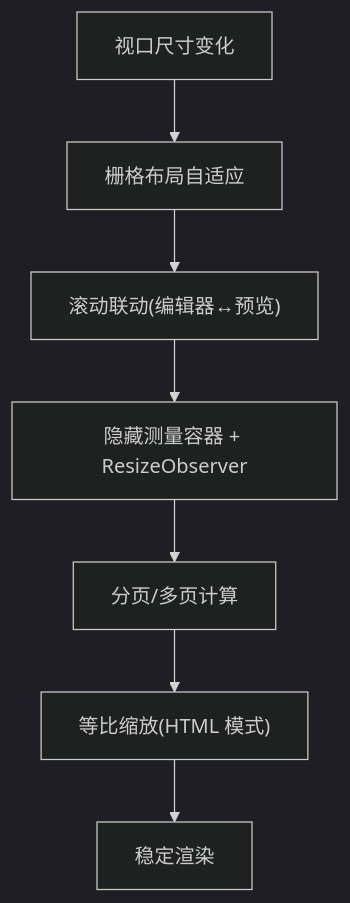
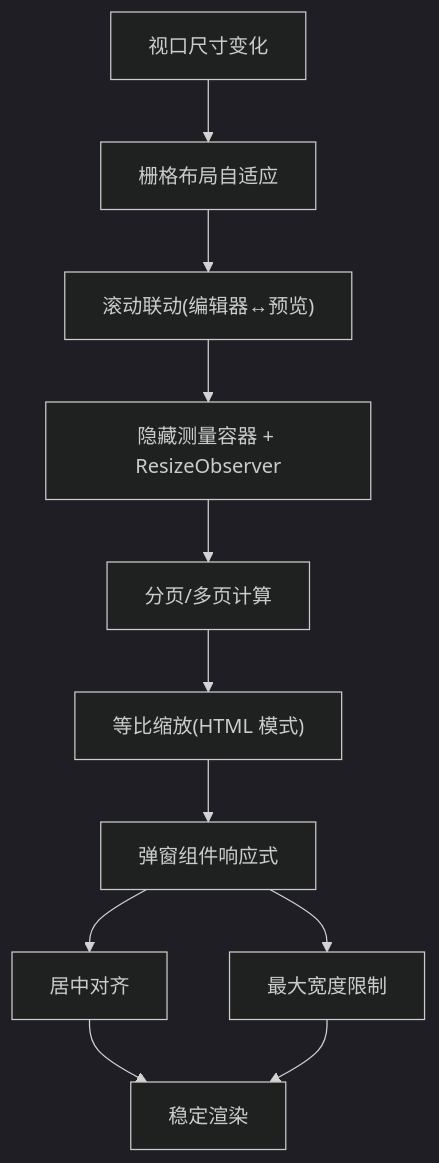
One commit to ZhongXiandou/markdown2view changed the ninth of 11 diagrams in .qoder/repowiki/zh/content/UI组件库/布局组件.md. Above: the diagram before and after it, drawn with Mermaid (dark theme). The commit also changed other lines of this file and 35 other files, not shown here.

````diff
--- a/.qoder/repowiki/zh/content/UI组件库/布局组件.md
+++ b/.qoder/repowiki/zh/content/UI组件库/布局组件.md
@@ -162,9 +380,13 @@
 ```mermaid
 flowchart TD
 Viewport["视口尺寸变化"] --> Grid["栅格布局自适应"]
 Grid --> Scroll["滚动联动(编辑器↔预览)"]
 Scroll --> Measure["隐藏测量容器 + ResizeObserver"]
 Measure --> Paginate["分页/多页计算"]
 Paginate --> Scale["等比缩放(HTML 模式)"]
-Scale --> Render["稳定渲染"]
+Scale --> Popups["弹窗组件响应式"]
+Popups --> CenterAlign["居中对齐"]
+Popups --> MaxWidth["最大宽度限制"]
+CenterAlign --> Render["稳定渲染"]
+MaxWidth --> Render
 ```
````
